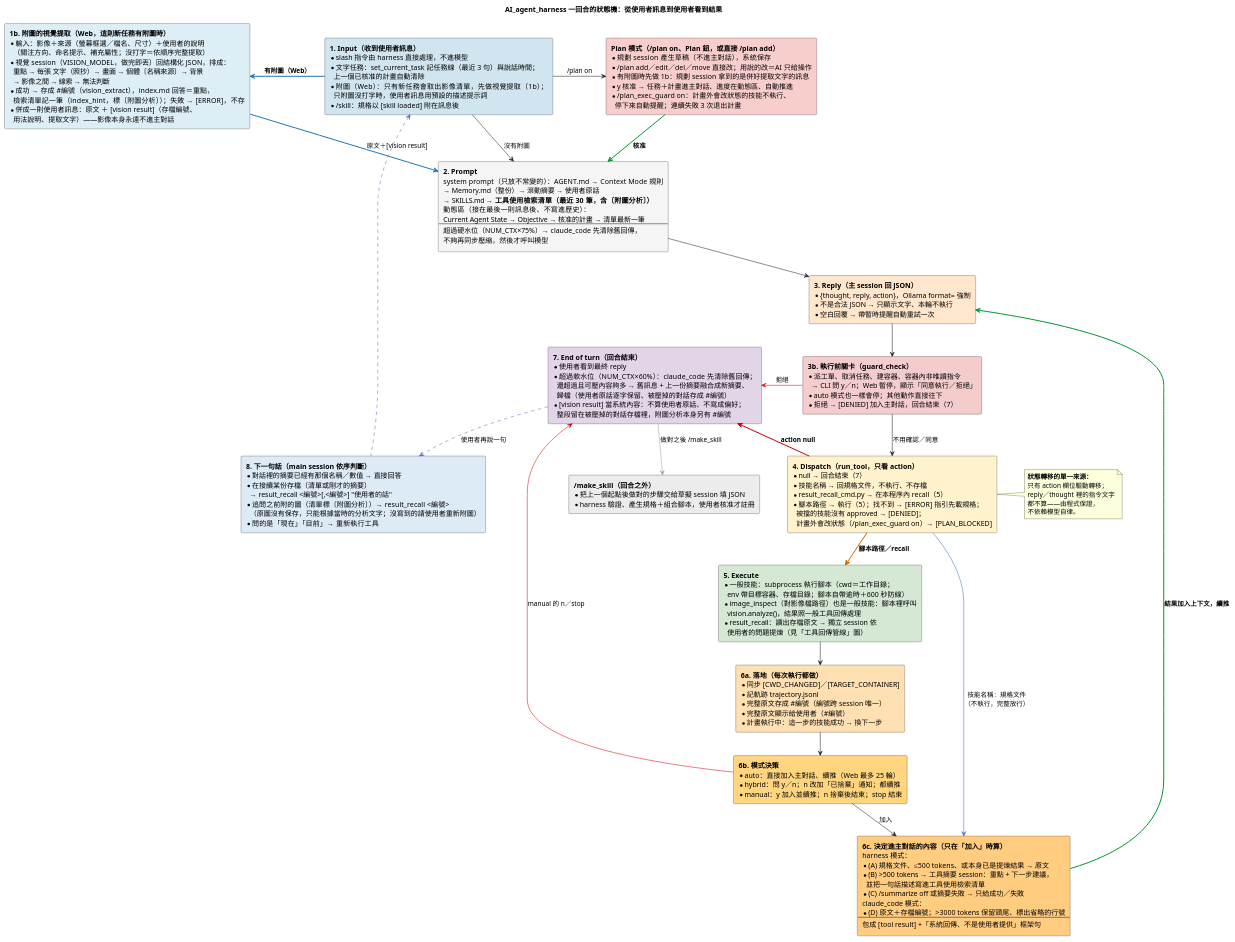
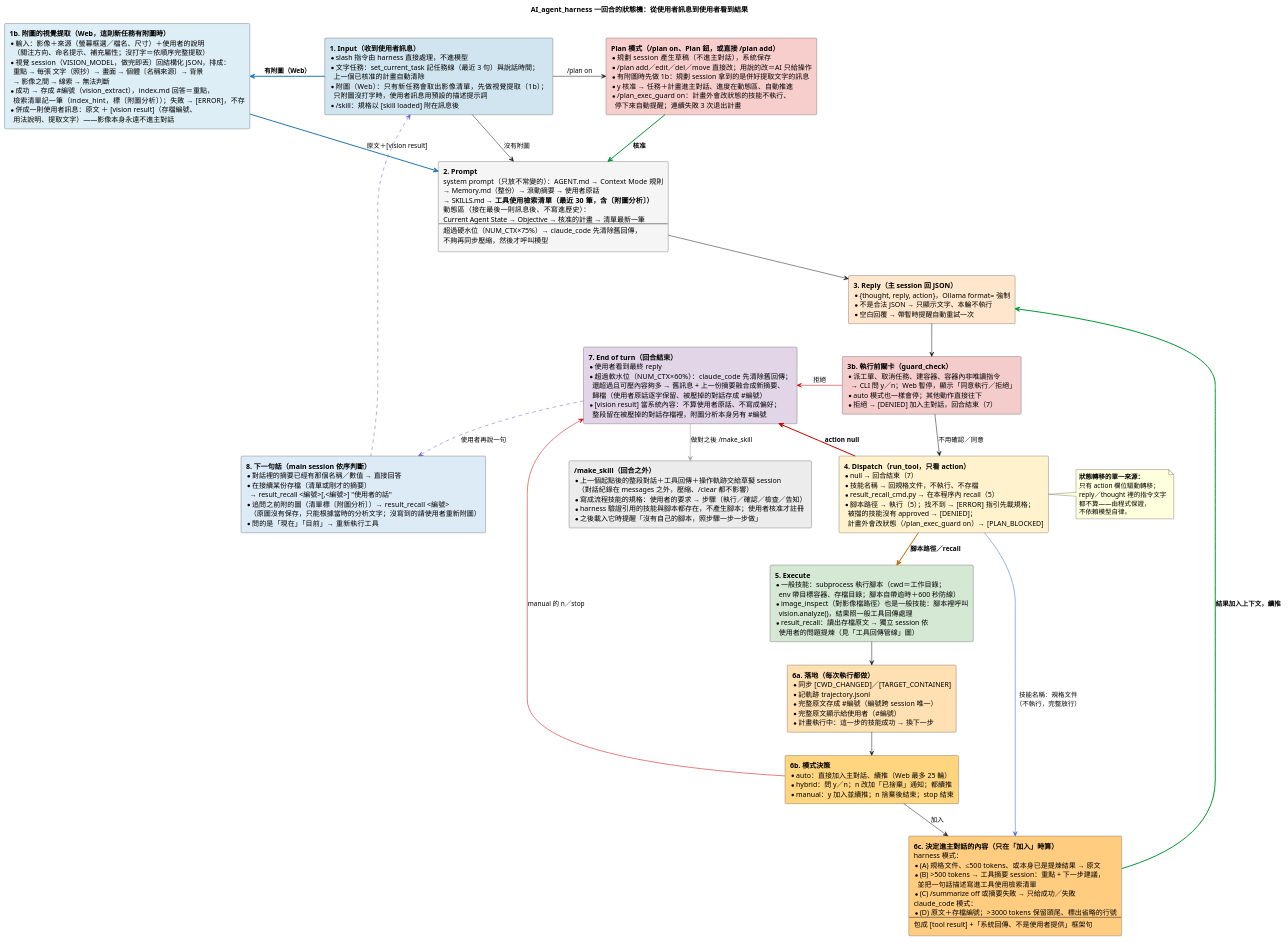
Before and after one commit to DavidZox/AI_agent_harness: the diagram in doc/AI_agent_harness的狀態轉移.puml, drawn with PlantUML. The commit also changed 30 other files, not shown here.

```diff
--- a/doc/AI_agent_harness的狀態轉移.puml
+++ b/doc/AI_agent_harness的狀態轉移.puml
@@ -1,176 +1,179 @@
 @startuml
 ' --- 樣式精準控制 ---
 skinparam RectangleWidthMax 360
 skinparam ranksep 45
 skinparam nodesep 55
 skinparam shadowing false
 skinparam defaultFontName "Microsoft JhengHei"
 
 title AI_agent_harness 一回合的狀態機：從使用者訊息到使用者看到結果
 
 rectangle State1 #D1E5F0 [
   **1. Input（收到使用者訊息）**
   * slash 指令由 harness 直接處理，不進模型
   * 文字任務：set_current_task 記任務線（最近 3 句）與說話時間；
     上一個已核准的計畫自動清除
   * 附圖（Web）：只有新任務會取出影像清單，先做視覺提取（1b）；
     只附圖沒打字時，使用者訊息用預設的描述提示詞
   * /skill：規格以 [skill loaded] 附在訊息後
 ]
 
 rectangle StateVision #DDEEF6 [
   **1b. 附圖的視覺提取（Web，這則新任務有附圖時）**
   * 輸入：影像＋來源（螢幕框選／檔名、尺寸）＋使用者的說明
     （關注方向、命名提示、補充屬性；沒打字＝依順序完整提取）
   * 視覺 session（VISION_MODEL，做完即丟）回結構化 JSON，排成：
     重點 → 每張 文字（照抄）→ 畫面 → 個體〔名稱來源〕→ 背景
     → 影像之間 → 線索 → 無法判斷
   * 成功 → 存成 #編號（vision_extract），index.md 回答＝重點，
     檢索清單記一筆（index_hint，標〔附圖分析〕）；失敗 → [ERROR]，不存
   * 併成一則使用者訊息：原文 ＋ [vision result]（存檔編號、
     用法說明、提取文字）——影像本身永遠不進主對話
 ]
 
 rectangle State2 #F5F5F5 [
   **2. Prompt**
   system prompt（只放不常變的）：AGENT.md → Context Mode 規則
   → Memory.md（整份）→ 滾動摘要 → 使用者原話
   → SKILLS.md → **工具使用檢索清單（最近 30 筆，含〔附圖分析〕）**
   動態區（接在最後一則訊息後、不寫進歷史）：
   Current Agent State → Objective → 核准的計畫 → 清單最新一筆
   ----
   超過硬水位（NUM_CTX×75%）→ claude_code 先清除舊回傳，
   不夠再同步壓縮，然後才呼叫模型
 ]
 
 rectangle State3 #FFE6CC [
   **3. Reply（主 session 回 JSON）**
   * {thought, reply, action}，Ollama format= 強制
   * 不是合法 JSON → 只顯示文字、本輪不執行
   * 空白回覆 → 帶暫時提醒自動重試一次
 ]
 
 rectangle StateGuard #F4CCCC [
   **3b. 執行前關卡（guard_check）**
   * 派工單、取消任務、建容器、容器內非唯讀指令
     → CLI 問 y／n；Web 暫停，顯示「同意執行／拒絕」
   * auto 模式也一樣會停；其他動作直接往下
   * 拒絕 → [DENIED] 加入主對話，回合結束（7）
 ]
 
 rectangle State4 #FFF2CC [
   **4. Dispatch（run_tool，只看 action）**
   * null → 回合結束（7）
   * 技能名稱 → 回規格文件，不執行、不存檔
   * result_recall_cmd.py → 在本程序內 recall（5）
   * 腳本路徑 → 執行（5）；找不到 → [ERROR] 指引先載規格；
     被擋的技能沒有 approved → [DENIED]；
     計畫外會改狀態（/plan_exec_guard on）→ [PLAN_BLOCKED]
 ]
 
 rectangle State5 #D5E8D4 [
   **5. Execute**
   * 一般技能：subprocess 執行腳本（cwd＝工作目錄；
     env 帶目標容器、存檔目錄；腳本自帶逾時＋600 秒防線）
   * image_inspect（對影像檔路徑）也是一般技能：腳本裡呼叫
     vision.analyze()，結果照一般工具回傳處理
   * result_recall：讀出存檔原文 → 獨立 session 依
     使用者的問題提煉（見「工具回傳管線」圖）
 ]
 
 rectangle State6a #FFE0B2 [
   **6a. 落地（每次執行都做）**
   * 同步 [CWD_CHANGED]／[TARGET_CONTAINER]
   * 記軌跡 trajectory.jsonl
   * 完整原文存成 #編號（編號跨 session 唯一）
   * 完整原文顯示給使用者（#編號）
   * 計畫執行中：這一步的技能成功 → 換下一步
 ]
 
 rectangle State6b #FFD580 [
   **6b. 模式決策**
   * auto：直接加入主對話、續推（Web 最多 25 輪）
   * hybrid：問 y／n；n 改加「已捨棄」通知；都續推
   * manual：y 加入並續推；n 捨棄後結束；stop 結束
 ]
 
 rectangle State6c #FFCC80 [
   **6c. 決定進主對話的內容（只在「加入」時算）**
   harness 模式：
   * (A) 規格文件、≤500 tokens、或本身已是提煉結果 → 原文
   * (B) >500 tokens → 工具摘要 session：重點 + 下一步建議，
     並把一句話描述寫進工具使用檢索清單
   * (C) /summarize off 或摘要失敗 → 只給成功／失敗
   claude_code 模式：
   * (D) 原文＋存檔編號；>3000 tokens 保留頭尾、標出省略的行號
   ----
   包成 [tool result] +「系統回傳、不是使用者提供」框架句
 ]
 
 rectangle State7 #E1D5E7 [
   **7. End of turn（回合結束）**
   * 使用者看到最終 reply
   * 超過軟水位（NUM_CTX×60%）：claude_code 先清除舊回傳；
     還超過且可壓內容夠多 → 舊訊息 + 上一份摘要融合成新摘要、
     歸檔（使用者原話逐字保留、被壓掉的對話存成 #編號）
   * [vision result] 當系統內容：不算使用者原話、不寫成偏好；
     整段留在被壓掉的對話存檔裡，附圖分析本身另有 #編號
 ]
 
 rectangle State8 #DDEBF7 [
   **8. 下一句話（main session 依序判斷）**
   * 對話裡的摘要已經有那個名稱／數值 → 直接回答
   * 在接續某份存檔（清單或剛才的摘要）
     → result_recall <編號>[,<編號>] "使用者的話"
   * 追問之前附的圖（清單標〔附圖分析〕）→ result_recall <編號>
     （原圖沒有保存，只能根據當時的分析文字；沒寫到的請使用者重新附圖）
   * 問的是「現在」「目前」→ 重新執行工具
 ]
 
 rectangle StatePlan #F8CECC [
   **Plan 模式（/plan on、Plan 鈕，或直接 /plan add）**
   * 規劃 session 產生草稿（不進主對話），系統保存
   * /plan add／edit／del／move 直接改；用說的改＝AI 只給操作
   * 有附圖時先做 1b：規劃 session 拿到的是併好提取文字的訊息
   * y 核准 → 任務＋計畫進主對話、進度在動態區、自動推進
   * /plan_exec_guard on：計畫外會改狀態的技能不執行、
     停下來自動提醒；連續失敗 3 次退出計畫
 ]
 
 rectangle StateSkill #ECECEC [
   **/make_skill（回合之外）**
-  * 把上一個起點後做對的步驟交給草擬 session 填 JSON
-  * harness 驗證、產生規格＋組合腳本，使用者核准才註冊
+  * 上一個起點後的整段對話＋工具回傳＋操作軌跡交給草擬 session
+    （對話紀錄在 messages 之外，壓縮、/clear 都不影響）
+  * 寫成流程技能的規格：使用者的要求 → 步驟（執行／確認／檢查／告知）
+  * harness 驗證引用的技能與腳本都存在，不產生腳本；使用者核准才註冊
+  * 之後載入它時提醒「沒有自己的腳本，照步驟一步一步做」
 ]
 
 ' --- 邏輯流向 ---
 State1 -down-> State2 : 沒有附圖
 State1 -[#1F77B4,bold]left-> StateVision : **有附圖（Web）**
 StateVision -[#1F77B4,bold]down-> State2 : 原文＋[vision result]
 State2 -down-> State3
 State3 -down-> StateGuard
 StateGuard -down-> State4 : 不用確認／同意
 StateGuard -[#CC0000]left-> State7 : 拒絕
 State4 -[#CC6600,bold]down-> State5 : **腳本路徑／recall**
 State4 -[#3366CC]right-> State6c : 技能名稱：規格文件\n（不執行，完整放行）
 State5 -down-> State6a
 State6a -down-> State6b
 State6b -down-> State6c : 加入
 State6c -[#009933,bold]up-> State3 : **結果加入上下文，續推**
 State4 -[#CC0000,bold]left-> State7 : **action null**
 State6b -[#CC0000]left-> State7 : manual 的 n／stop
 State7 -[#6A5ACD,dashed]down-> State8 : 使用者再說一句
 State8 -[#6A5ACD,dashed]up-> State1
 State1 -right-> StatePlan : /plan on
 StatePlan -[#009933,bold]down-> State2 : **核准**
 State7 -[#999999]down-> StateSkill : 做對之後 /make_skill
 
 note right of State4
   **狀態轉移的單一來源：**
   只有 action 欄位驅動轉移；
   reply／thought 裡的指令文字
   都不算——由程式保證，
   不依賴模型自律。
 end note
 
 @enduml
```
